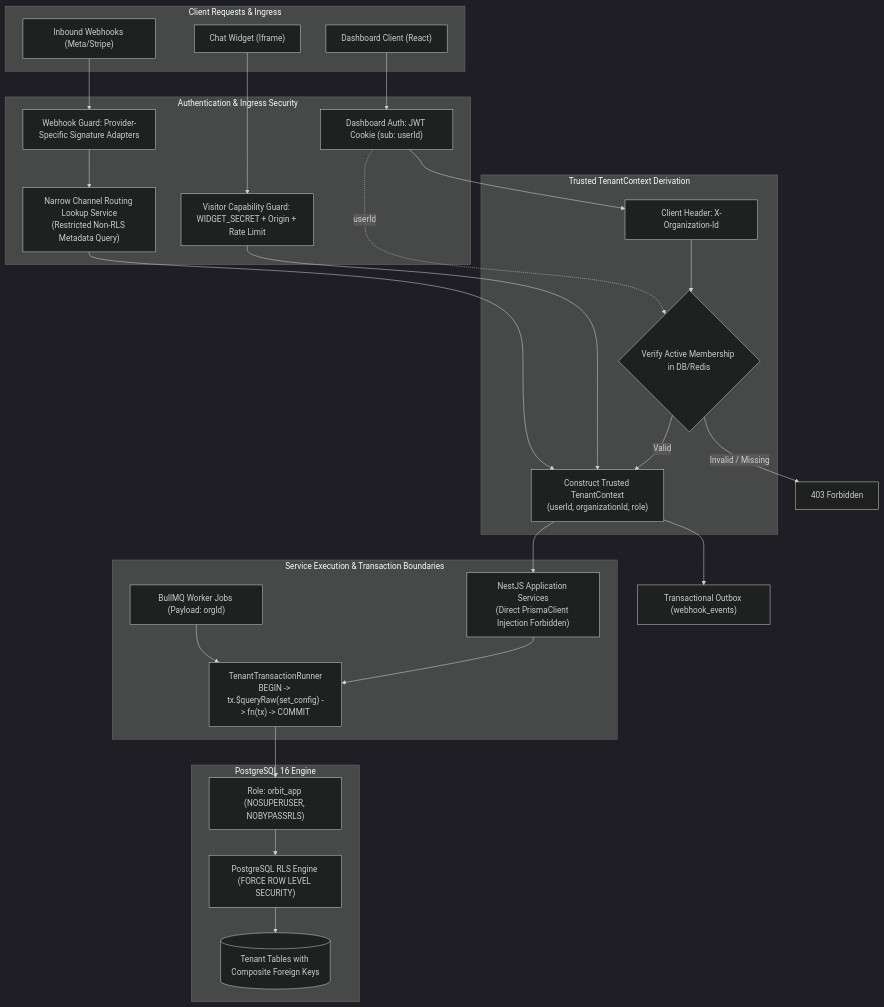
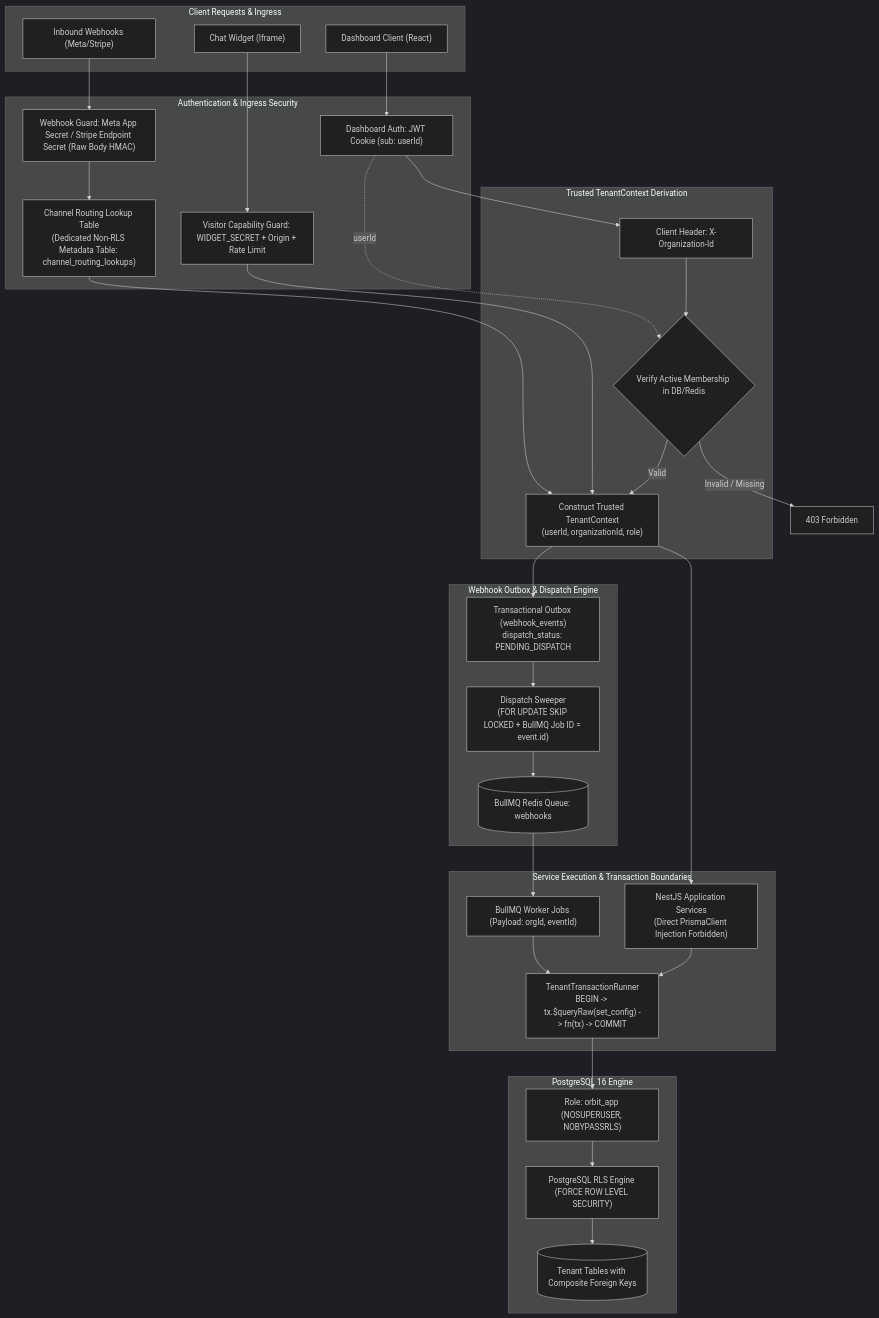
The first of 5 diagrams in docs/ARCHITECTURE.md (HarshParyani33/orbit), drawn with Mermaid (dark theme) before and after one commit. The commit also changed other lines of this file, not shown here.

Commit message:
docs: update architecture specification v1.1.2

````diff
--- a/docs/ARCHITECTURE.md
+++ b/docs/ARCHITECTURE.md
@@ -59,49 +59,56 @@
 ```mermaid
 flowchart TD
     subgraph Ingress["Client Requests & Ingress"]
         WebDash["Dashboard Client (React)"]
         ChatWidget["Chat Widget (Iframe)"]
         Webhooks["Inbound Webhooks (Meta/Stripe)"]
     end
 
     subgraph AuthLayer["Authentication & Ingress Security"]
         DashAuth["Dashboard Auth: JWT Cookie (sub: userId)"]
         WidgetAuth["Visitor Capability Guard: WIDGET_SECRET + Origin + Rate Limit"]
-        WebhookAuth["Webhook Guard: Provider-Specific Signature Adapters"]
-        NarrowLookup["Narrow Channel Routing Lookup Service\n(Restricted Non-RLS Metadata Query)"]
+        WebhookAuth["Webhook Guard: Meta App Secret / Stripe Endpoint Secret (Raw Body HMAC)"]
+        RoutingLookup["Channel Routing Lookup Table\n(Dedicated Non-RLS Metadata Table: channel_routing_lookups)"]
     end
 
     subgraph TenantResolution["Trusted TenantContext Derivation"]
         ReqOrgHeader["Client Header: X-Organization-Id"]
         VerifyMembership{"Verify Active Membership in DB/Redis"}
         MakeTenantContext["Construct Trusted TenantContext\n(userId, organizationId, role)"]
     end
 
+    subgraph OutboxDispatcher["Webhook Outbox & Dispatch Engine"]
+        OutboxTable["Transactional Outbox (webhook_events)\ndispatch_status: PENDING_DISPATCH"]
+        DispatchSweeper["Dispatch Sweeper\n(FOR UPDATE SKIP LOCKED + BullMQ Job ID = event.id)"]
+        BullMQQueue[("BullMQ Redis Queue: webhooks")]
+    end
+
     subgraph ExecutionPlane["Service Execution & Transaction Boundaries"]
         NestServices["NestJS Application Services\n(Direct PrismaClient Injection Forbidden)"]
-        WorkerJobs["BullMQ Worker Jobs (Payload: orgId)"]
+        WorkerJobs["BullMQ Worker Jobs (Payload: orgId, eventId)"]
         TenantRunner["TenantTransactionRunner\nBEGIN -> tx.$queryRaw(set_config) -> fn(tx) -> COMMIT"]
     end
 
     subgraph DataPlane["PostgreSQL 16 Engine"]
         RoleApp["Role: orbit_app (NOSUPERUSER, NOBYPASSRLS)"]
         RLS["PostgreSQL RLS Engine (FORCE ROW LEVEL SECURITY)"]
         Tables[("Tenant Tables with Composite Foreign Keys")]
     end
 
     WebDash --> DashAuth --> ReqOrgHeader
     ReqOrgHeader --> VerifyMembership
     DashAuth -.->|userId| VerifyMembership
     VerifyMembership -->|Valid| MakeTenantContext
     VerifyMembership -->|Invalid / Missing| Deny403["403 Forbidden"]
 
     ChatWidget --> WidgetAuth --> MakeTenantContext
-    Webhooks --> WebhookAuth --> NarrowLookup --> MakeTenantContext
-    MakeTenantContext --> Outbox["Transactional Outbox (webhook_events)"]
+    Webhooks --> WebhookAuth --> RoutingLookup --> MakeTenantContext
+    MakeTenantContext --> OutboxTable
+    OutboxTable --> DispatchSweeper --> BullMQQueue
 
     MakeTenantContext --> NestServices
     NestServices --> TenantRunner
-    WorkerJobs --> TenantRunner
+    BullMQQueue --> WorkerJobs --> TenantRunner
 
     TenantRunner --> RoleApp --> RLS --> Tables
 ```
````
